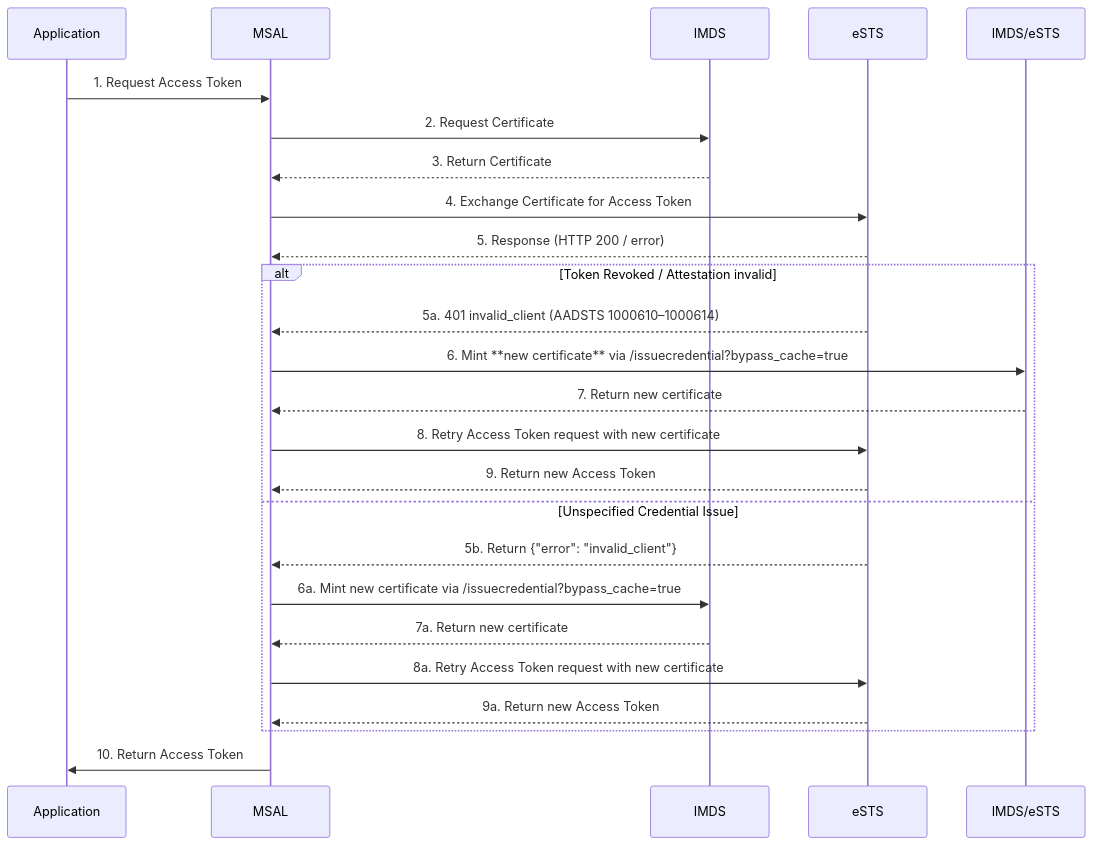
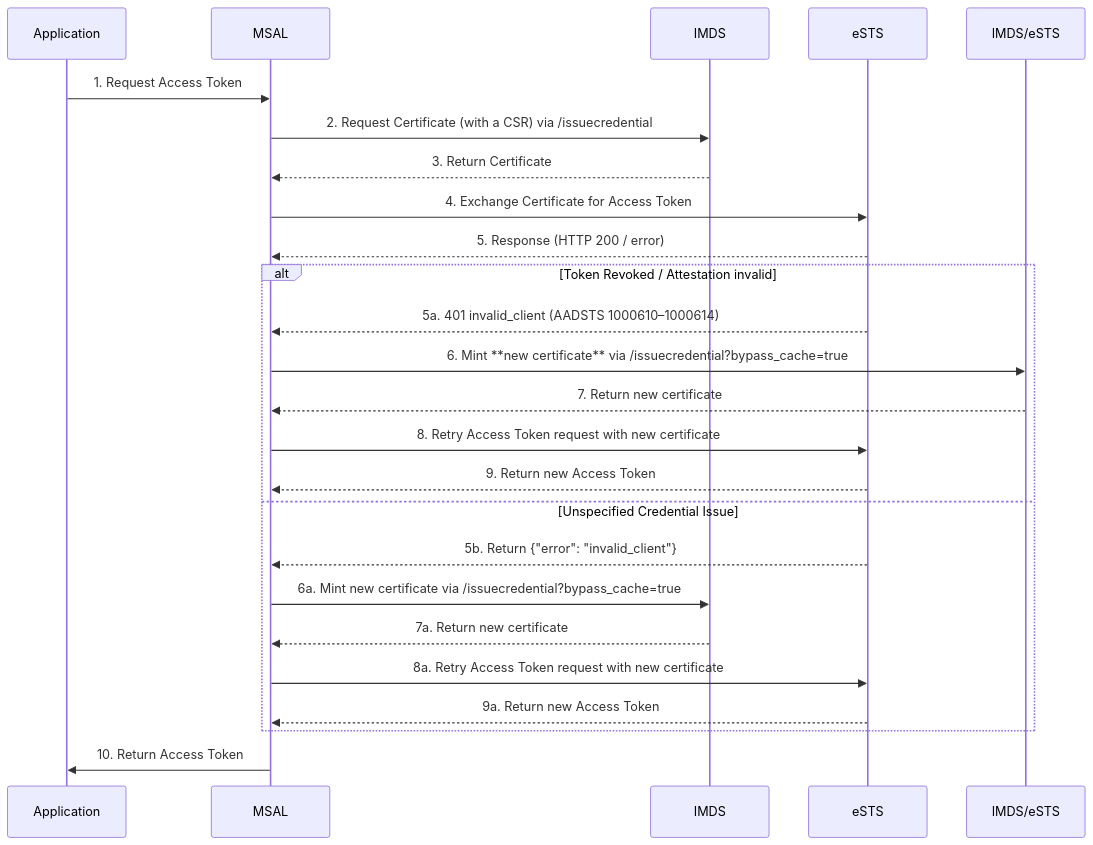
Before and after one commit to AzureAD/microsoft-authentication-library-for-dotnet: the first of 2 diagrams in docs/msi_v2/msiv2_revocation_spec.md, drawn with Mermaid. The commit also changed other lines of this file, not shown here.

First line of the commit message:
Revise certificate revocation documentation

```diff
--- a/docs/msi_v2/msiv2_revocation_spec.md
+++ b/docs/msi_v2/msiv2_revocation_spec.md
@@ -11,29 +11,29 @@
 ~~~mermaid
 sequenceDiagram
     participant Application
     participant MSAL
     participant IMDS
     participant eSTS
 
     Application ->> MSAL: 1. Request Access Token
-    MSAL ->> IMDS: 2. Request Certificate
+    MSAL ->> IMDS: 2. Request Certificate (with a CSR) via /issuecredential
     IMDS -->> MSAL: 3. Return Certificate
     MSAL ->> eSTS: 4. Exchange Certificate for Access Token
     eSTS -->> MSAL: 5. Response (HTTP 200 / error)
 
     alt Token Revoked / Attestation invalid
         eSTS -->> MSAL: 5a. 401 invalid_client (AADSTS 1000610–1000614)
         MSAL ->> IMDS/eSTS: 6. Mint **new certificate** via /issuecredential?bypass_cache=true
         IMDS/eSTS -->> MSAL: 7. Return new certificate
         MSAL ->> eSTS: 8. Retry Access Token request with new certificate
         eSTS -->> MSAL: 9. Return new Access Token
     else Unspecified Credential Issue
         eSTS -->> MSAL: 5b. Return {"error": "invalid_client"}
         MSAL ->> IMDS: 6a. Mint new certificate via /issuecredential?bypass_cache=true
         IMDS -->> MSAL: 7a. Return new certificate
         MSAL ->> eSTS: 8a. Retry Access Token request with new certificate
         eSTS -->> MSAL: 9a. Return new Access Token
     end
 
     MSAL ->> Application: 10. Return Access Token
 ~~~
```
